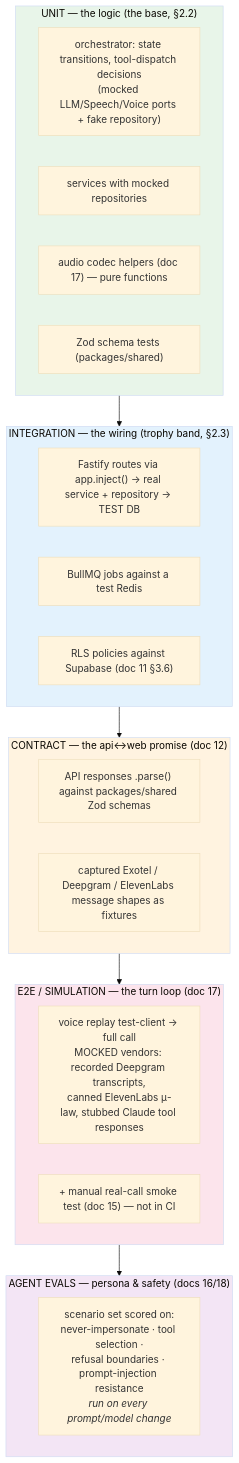
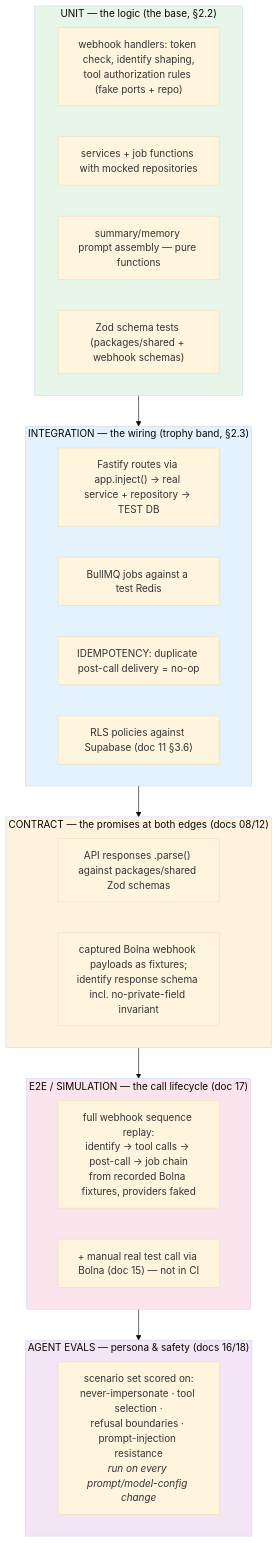
One commit to gandhi120/RecruitPilot_AI changed the second of 2 diagrams in docs/19_TESTING.md. Above: the diagram before and after it, drawn with Mermaid (base theme). The commit also changed other lines of this file and 34 other files, not shown here.

First line of the commit message:
docs: pivot voice stack to Bolna; archive DIY vendor docs as phase-2 reference

````diff
--- a/docs/19_TESTING.md
+++ b/docs/19_TESTING.md
@@ -115,32 +118,33 @@
 ```mermaid
 flowchart TB
     subgraph EVAL["AGENT EVALS — persona & safety (docs 16/18)"]
-        EV["scenario set scored on:<br/>never-impersonate · tool selection ·<br/>refusal boundaries · prompt-injection resistance<br/><i>run on every prompt/model change</i>"]
+        EV["scenario set scored on:<br/>never-impersonate · tool selection ·<br/>refusal boundaries · prompt-injection resistance<br/><i>run on every prompt/model-config change</i>"]
     end
-    subgraph E2E["E2E / SIMULATION — the turn loop (doc 17)"]
-        S1["voice replay test-client → full call<br/>MOCKED vendors: recorded Deepgram transcripts,<br/>canned ElevenLabs μ-law, stubbed Claude tool responses"]
-        S2["+ manual real-call smoke test (doc 15) — not in CI"]
+    subgraph E2E["E2E / SIMULATION — the call lifecycle (doc 17)"]
+        S1["full webhook sequence replay:<br/>identify → tool calls → post-call → job chain<br/>from recorded Bolna fixtures, providers faked"]
+        S2["+ manual real test call via Bolna (doc 15) — not in CI"]
     end
-    subgraph CONTRACT["CONTRACT — the api↔web promise (doc 12)"]
+    subgraph CONTRACT["CONTRACT — the promises at both edges (docs 08/12)"]
         C1["API responses .parse() against packages/shared Zod schemas"]
-        C2["captured Exotel / Deepgram / ElevenLabs message shapes as fixtures"]
+        C2["captured Bolna webhook payloads as fixtures;<br/>identify response schema incl. no-private-field invariant"]
     end
     subgraph INT["INTEGRATION — the wiring (trophy band, §2.3)"]
         I1["Fastify routes via app.inject() → real service + repository → TEST DB"]
         I2["BullMQ jobs against a test Redis"]
-        I3["RLS policies against Supabase (doc 11 §3.6)"]
+        I3["IDEMPOTENCY: duplicate post-call delivery = no-op"]
+        I4["RLS policies against Supabase (doc 11 §3.6)"]
     end
     subgraph UNIT["UNIT — the logic (the base, §2.2)"]
-        U1["orchestrator: state transitions, tool-dispatch decisions<br/>(mocked LLM/Speech/Voice ports + fake repository)"]
-        U2["services with mocked repositories"]
-        U3["audio codec helpers (doc 17) — pure functions"]
-        U4["Zod schema tests (packages/shared)"]
+        U1["webhook handlers: token check, identify shaping,<br/>tool authorization rules (fake ports + repo)"]
+        U2["services + job functions with mocked repositories"]
+        U3["summary/memory prompt assembly — pure functions"]
+        U4["Zod schema tests (packages/shared + webhook schemas)"]
     end
 
     UNIT --> INT --> CONTRACT --> E2E --> EVAL
     style UNIT fill:#e8f5e9
     style INT fill:#e3f2fd
     style CONTRACT fill:#fff3e0
     style E2E fill:#fce4ec
     style EVAL fill:#f3e5f5
 ```
````
